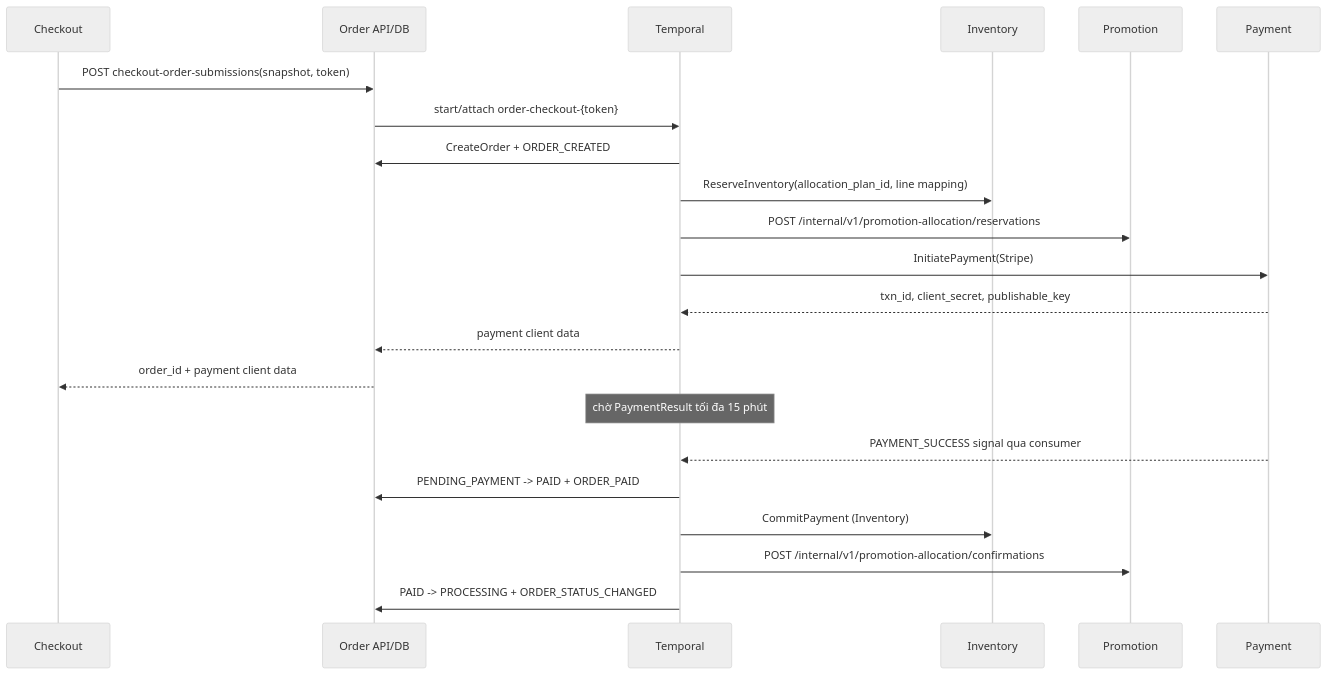
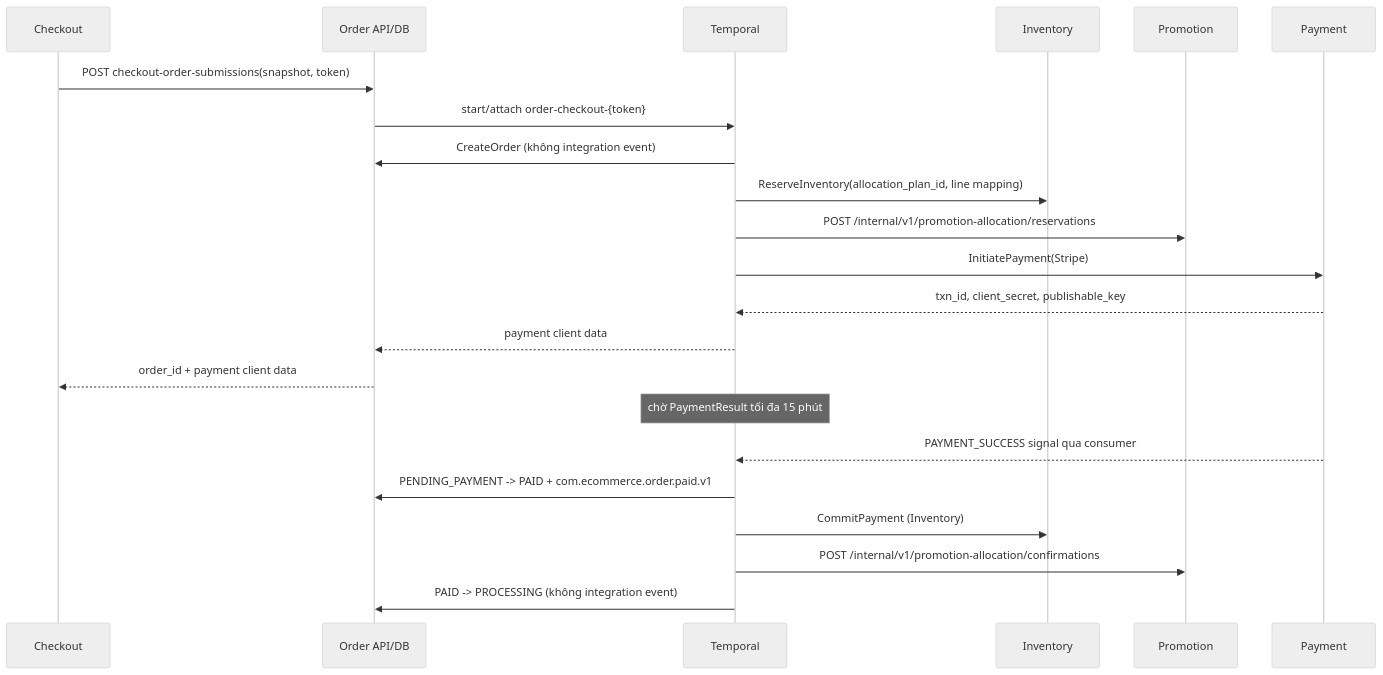
One commit to quangdung2110/e-commerce-microservices changed the first of 2 diagrams in docs/order/workflows.md. Above: the diagram before and after it, drawn with Mermaid (neutral theme). The commit also changed other lines of this file and 36 other files, not shown here.

Commit message:
docs(order): align event integration boundaries

````diff
--- a/docs/order/workflows.md
+++ b/docs/order/workflows.md
@@ -148,24 +149,24 @@
 ```mermaid
 sequenceDiagram
   participant C as Checkout
   participant O as Order API/DB
   participant T as Temporal
   participant I as Inventory
   participant P as Promotion
   participant Y as Payment
   C->>O: POST checkout-order-submissions(snapshot, token)
   O->>T: start/attach order-checkout-{token}
-  T->>O: CreateOrder + ORDER_CREATED
+  T->>O: CreateOrder (không integration event)
   T->>I: ReserveInventory(allocation_plan_id, line mapping)
   T->>P: POST /internal/v1/promotion-allocation/reservations
   T->>Y: InitiatePayment(Stripe)
   Y-->>T: txn_id, client_secret, publishable_key
   T-->>O: payment client data
   O-->>C: order_id + payment client data
   Note over T: chờ PaymentResult tối đa 15 phút
   Y-->>T: PAYMENT_SUCCESS signal qua consumer
-  T->>O: PENDING_PAYMENT -> PAID + ORDER_PAID
+  T->>O: PENDING_PAYMENT -> PAID + com.ecommerce.order.paid.v1
   T->>I: CommitPayment (Inventory)
   T->>P: POST /internal/v1/promotion-allocation/confirmations
-  T->>O: PAID -> PROCESSING + ORDER_STATUS_CHANGED
+  T->>O: PAID -> PROCESSING (không integration event)
 ```
````
